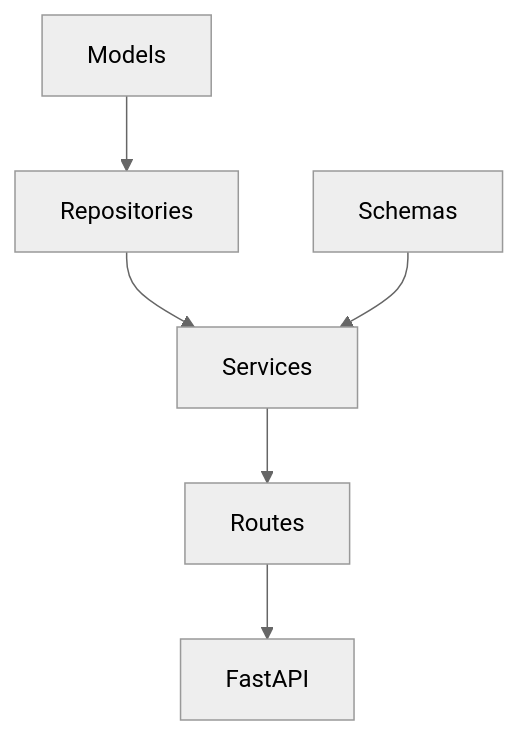
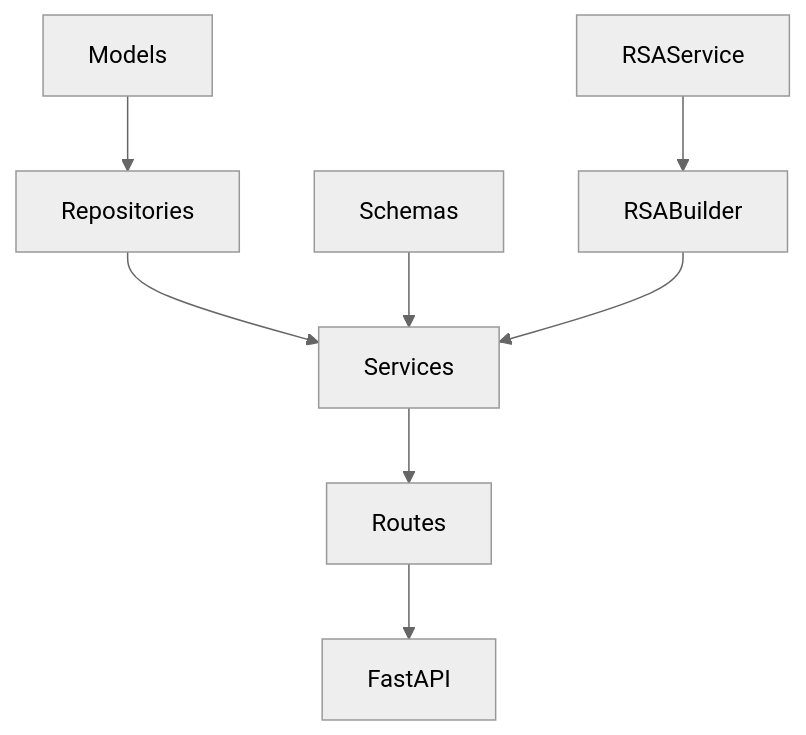
One commit to joepreludian/credcrud changed the diagram in README.md. Above: the diagram before and after it, drawn with Mermaid (neutral theme). The commit also changed other lines of this file, not shown here.

Commit message:
refactor README.md file; improve documentation.

````diff
--- a/README.md
+++ b/README.md
@@ -42,9 +42,11 @@
 ```mermaid
 graph TD;
     Models-->Repositories
     Repositories-->Services
     Schemas-->Services
+    RSAService-->RSABuilder
+    RSABuilder-->Services
     Services-->Routes
     Routes-->FastAPI
 
 ```
````
